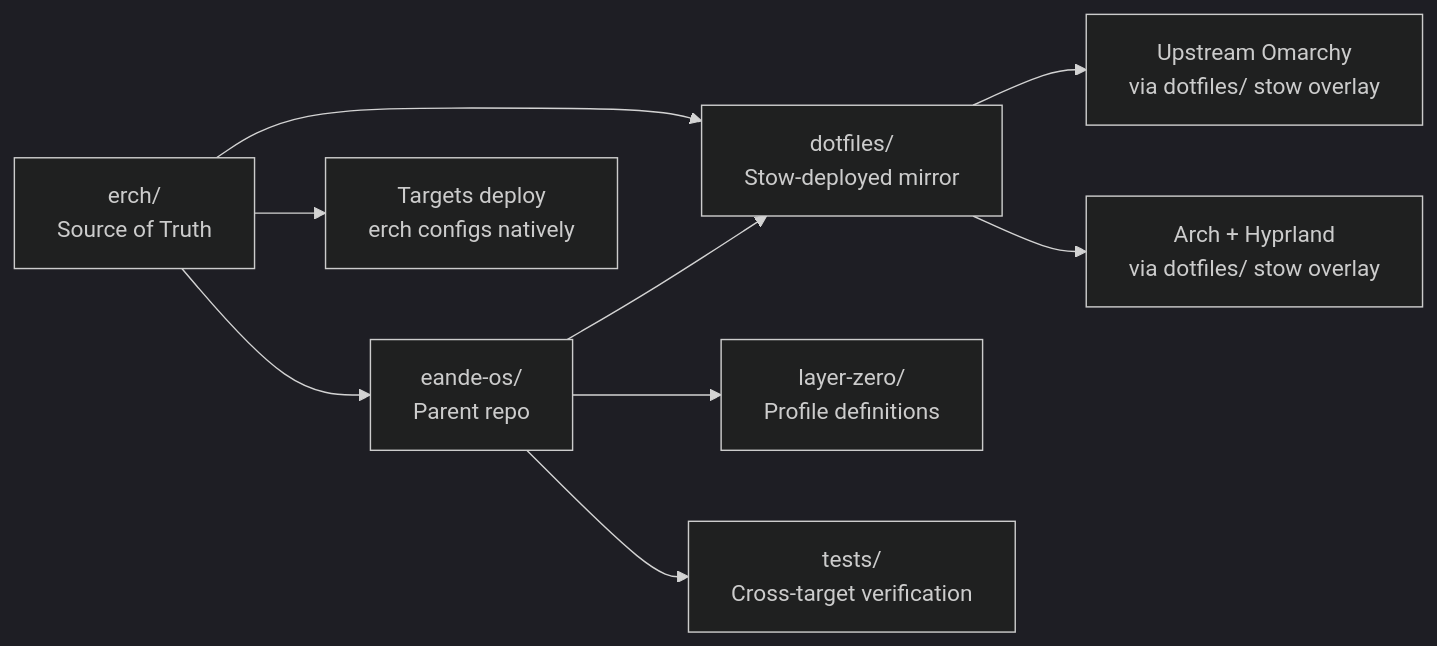
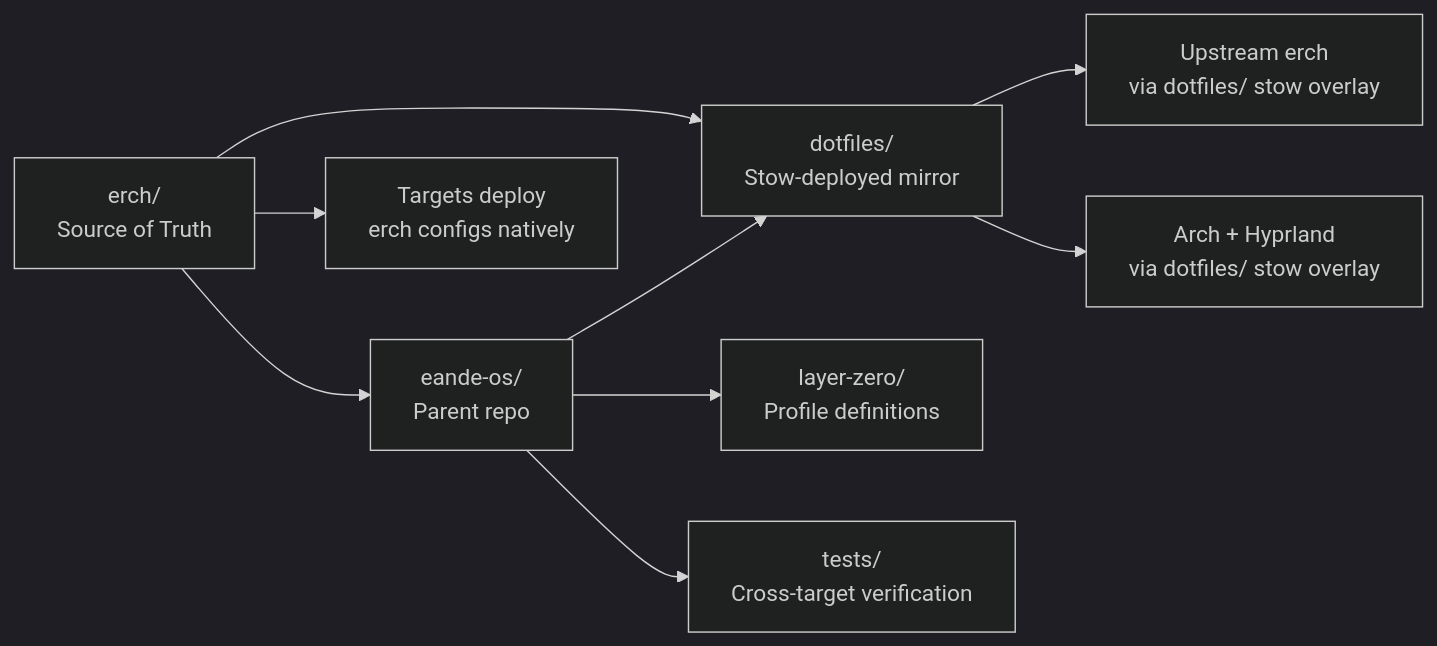
The third of 6 diagrams in docs/ARCHITECTURE.md (eande-uk/erch), drawn with Mermaid (dark theme) before and after one commit. The commit also changed other lines of this file and 95 other files, not shown here.

First line of the commit message:
reconcile: purge all omarchy refs, rename omarchy-* to erch-*

````diff
--- a/docs/ARCHITECTURE.md
+++ b/docs/ARCHITECTURE.md
@@ -48,11 +48,11 @@
 ```mermaid
 graph LR
   erch["erch/<br/>Source of Truth"] --> dotfiles["dotfiles/<br/>Stow-deployed mirror"]
   erch --> parent["eande-os/<br/>Parent repo"]
   parent --> dotfiles
   parent --> layerzero["layer-zero/<br/>Profile definitions"]
   parent --> tests["tests/<br/>Cross-target verification"]
   erch --> targets["Targets deploy<br/>erch configs natively"]
-  dotfiles --> omarchy["Upstream Omarchy<br/>via dotfiles/ stow overlay"]
+  dotfiles --> upstream["Upstream erch<br/>via dotfiles/ stow overlay"]
   dotfiles --> arch["Arch + Hyprland<br/>via dotfiles/ stow overlay"]
 ```
````
